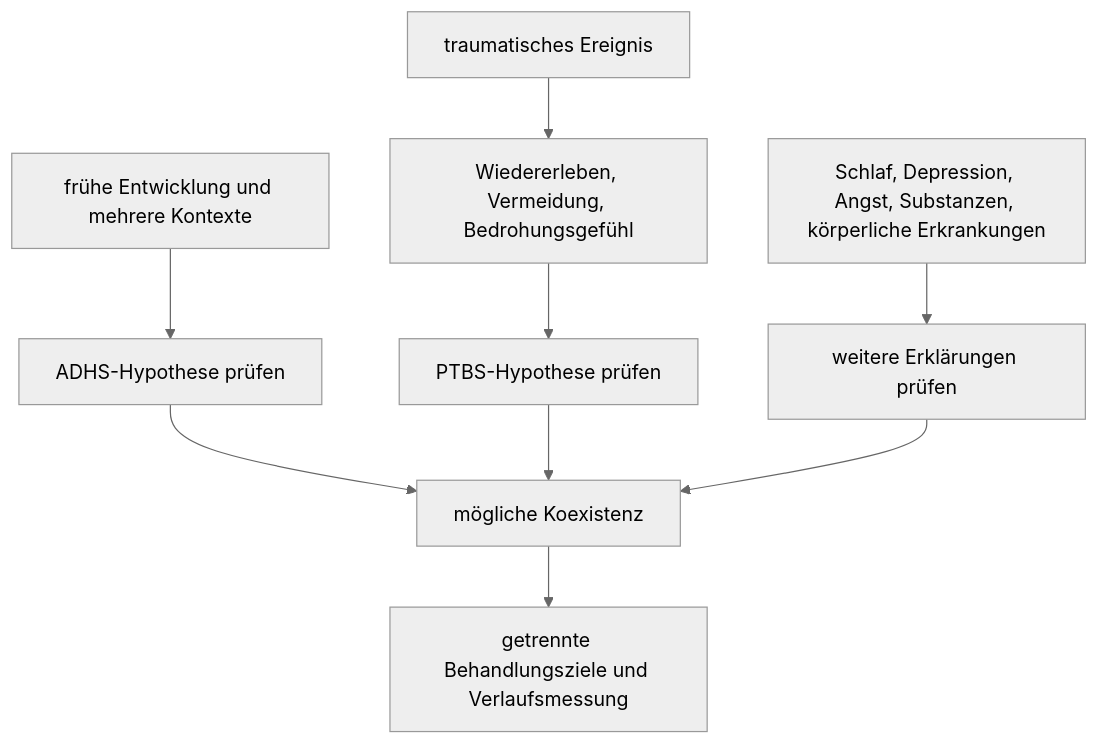
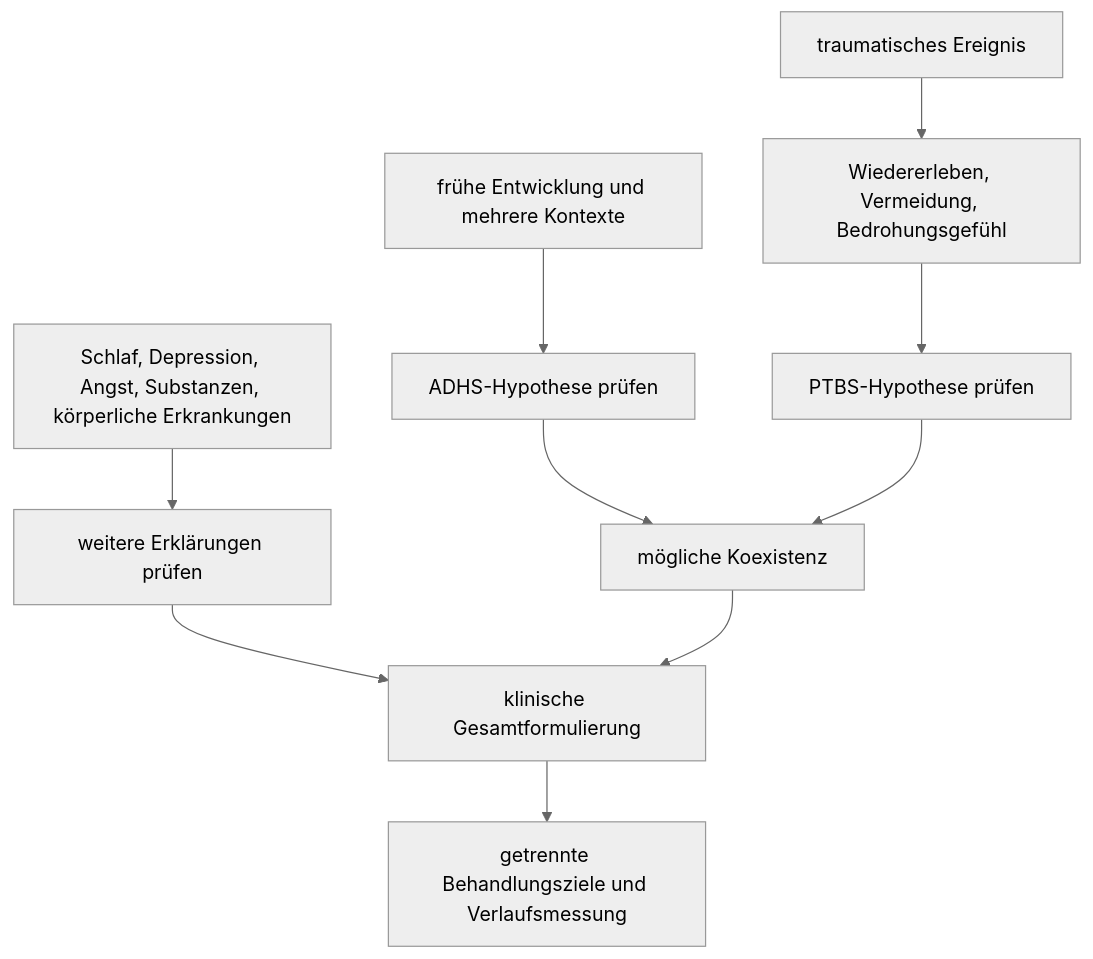
Before and after one commit to H234598/ADHS-Lernpfad: the diagram in 02-Vertiefung/06-Trauma-PTBS-und-komplexe-Traumafolgen.md, drawn with Mermaid (neutral theme). The commit also changed 1 other file, not shown here.

Commit message:
fix: trenne Alternativerklärungen von ADHS-PTBS-Koexistenz

````diff
--- a/02-Vertiefung/06-Trauma-PTBS-und-komplexe-Traumafolgen.md
+++ b/02-Vertiefung/06-Trauma-PTBS-und-komplexe-Traumafolgen.md
@@ -65,11 +65,12 @@
 ```mermaid
 flowchart TD
   A[frühe Entwicklung und mehrere Kontexte] --> B[ADHS-Hypothese prüfen]
   T[traumatisches Ereignis] --> C[Wiedererleben, Vermeidung, Bedrohungsgefühl]
   C --> D[PTBS-Hypothese prüfen]
   B --> E[mögliche Koexistenz]
   D --> E
   S[Schlaf, Depression, Angst, Substanzen, körperliche Erkrankungen] --> F[weitere Erklärungen prüfen]
-  F --> E
-  E --> G[getrennte Behandlungsziele und Verlaufsmessung]
+  F --> H[klinische Gesamtformulierung]
+  E --> H
+  H --> G[getrennte Behandlungsziele und Verlaufsmessung]
 ```
````
